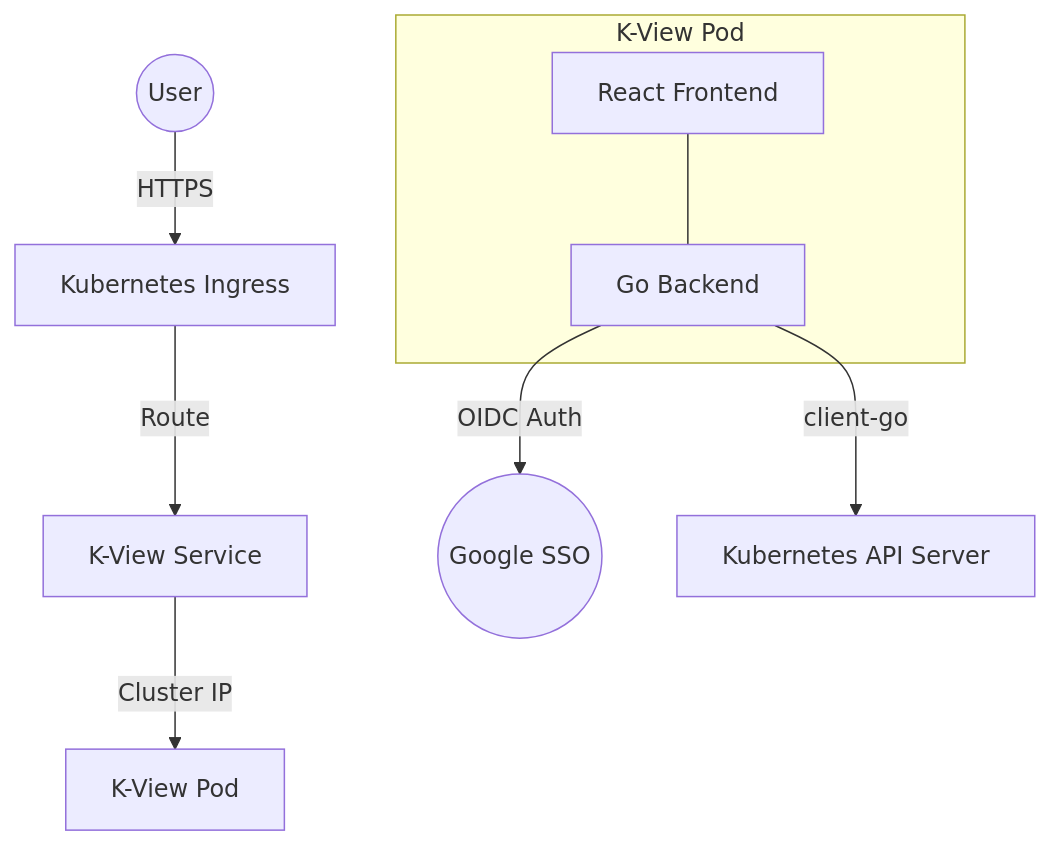
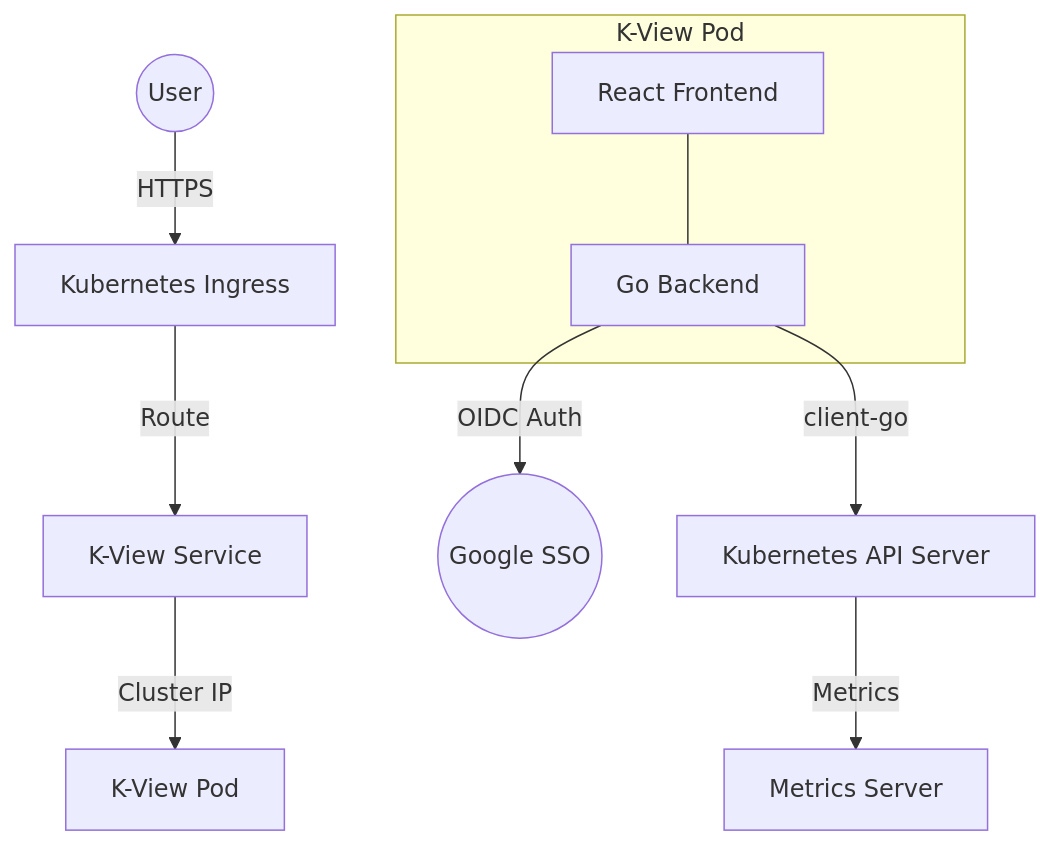
The diagram in docs/architecture.md (oisis/k-view), drawn with Mermaid before and after one commit. The commit also changed other lines of this file and 3 other files, not shown here.

````diff
--- a/docs/architecture.md
+++ b/docs/architecture.md
@@ -7,13 +7,14 @@
 ```mermaid
 graph TD;
     User((User)) -->|HTTPS| Ingress[Kubernetes Ingress];
     Ingress -->|Route| SVC[K-View Service];
     SVC -->|Cluster IP| Pod[K-View Pod];
     
     subgraph "K-View Pod"
         FE[React Frontend] --- BE[Go Backend];
     end
     
     BE -->|OIDC Auth| Google((Google SSO));
     BE -->|client-go| K8s[Kubernetes API Server];
+    K8s -->|Metrics| MS[Metrics Server];
 ```
````
